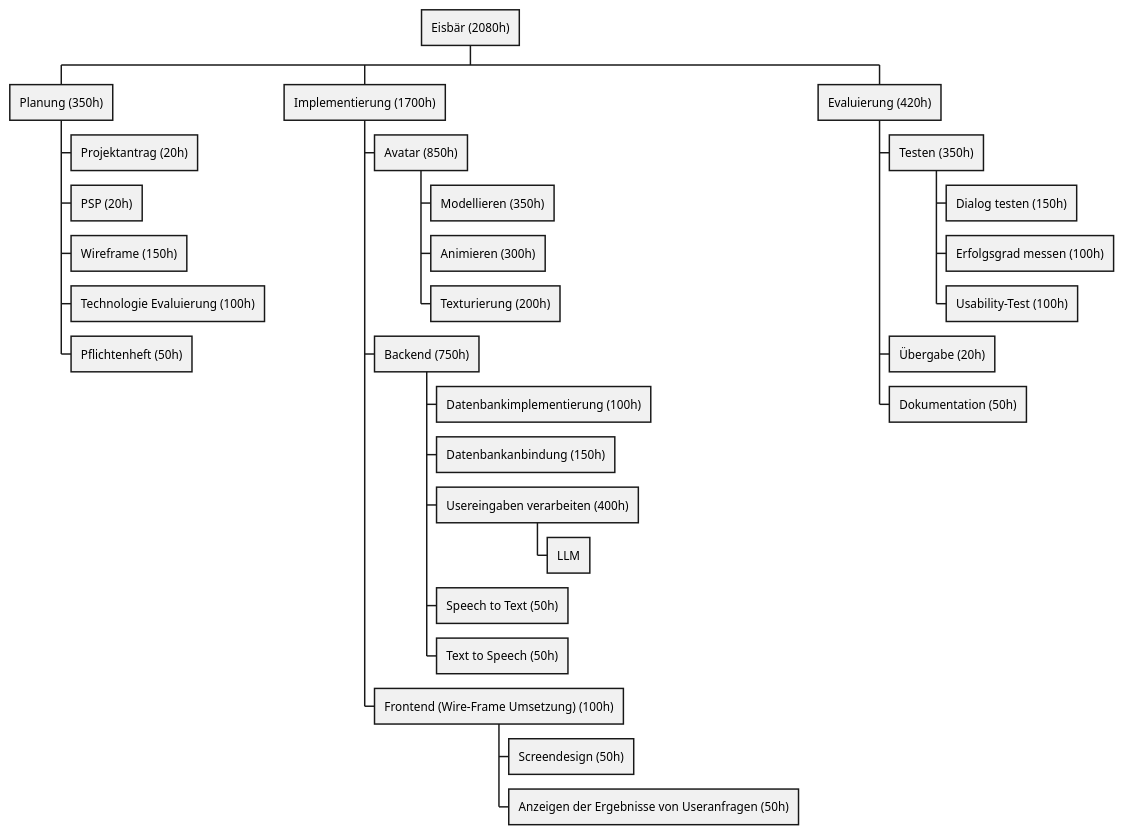
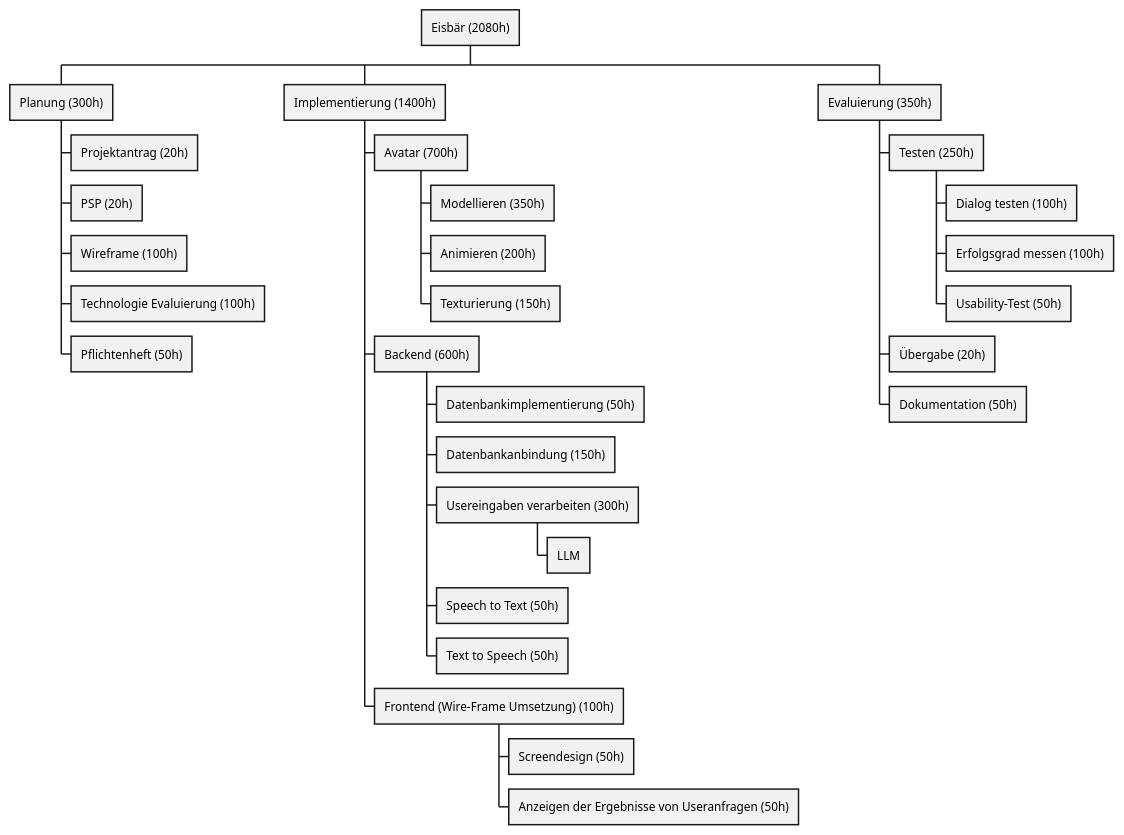
Before and after one commit to 2425-4bhitm-itp/eisbaer: the diagram in documents/psp.puml, drawn with PlantUML.

Commit message:
changed psp

```diff
--- a/documents/psp.puml
+++ b/documents/psp.puml
@@ -1,45 +1,45 @@
 @startwbs
 * Eisbär (2080h)
 
-** Planung (350h)
+** Planung (300h)
 
 *** Projektantrag (20h)
 *** PSP (20h)
-*** Wireframe (150h)
+*** Wireframe (100h)
 *** Technologie Evaluierung (100h)
 *** Pflichtenheft (50h)
 
-**  Implementierung (1700h)
+**  Implementierung (1400h)
 
-*** Avatar (850h)
+*** Avatar (700h)
 
 **** Modellieren (350h)
-**** Animieren (300h)
-**** Texturierung (200h)
+**** Animieren (200h)
+**** Texturierung (150h)
 
-*** Backend (750h)
+*** Backend (600h)
 
-**** Datenbankimplementierung (100h)
+**** Datenbankimplementierung (50h)
 **** Datenbankanbindung (150h)
-**** Usereingaben verarbeiten (400h)
+**** Usereingaben verarbeiten (300h)
 ***** LLM
 **** Speech to Text (50h)
 **** Text to Speech (50h)
 
 *** Frontend (Wire-Frame Umsetzung) (100h)
 
 **** Screendesign (50h)
 **** Anzeigen der Ergebnisse von Useranfragen (50h)
 
-** Evaluierung (420h)
+** Evaluierung (350h)
 
-*** Testen (350h)
+*** Testen (250h)
 
-**** Dialog testen (150h)
+**** Dialog testen (100h)
 **** Erfolgsgrad messen (100h)
-**** Usability-Test (100h)
+**** Usability-Test (50h)
 
 *** Übergabe (20h)
 
 *** Dokumentation (50h)
 @endwbs
```
